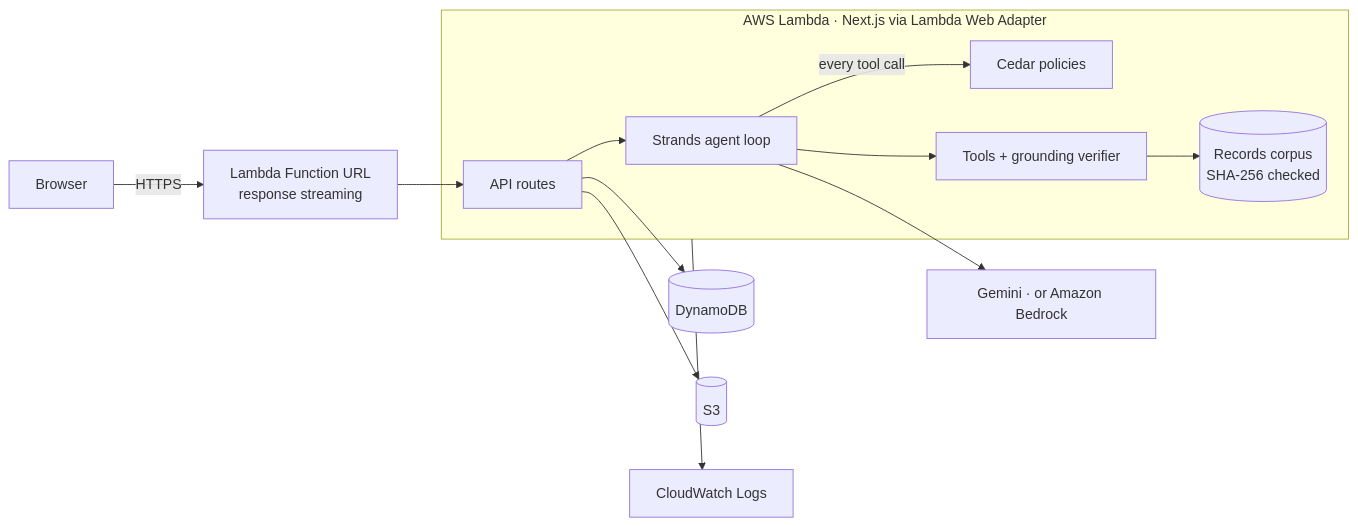
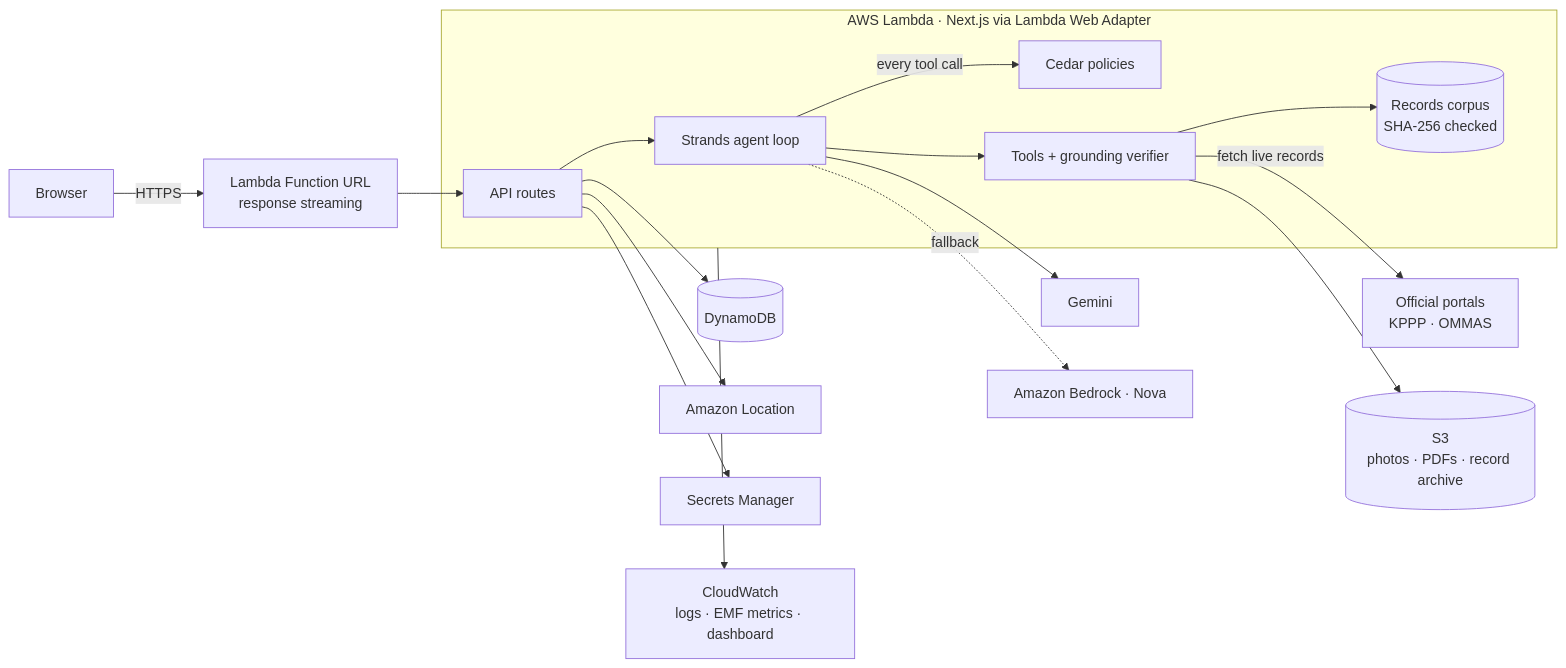
One commit to SiddhanthKapoor/civicproof changed the diagram in README.md. Above: the diagram before and after it, drawn with Mermaid. The commit also changed other lines of this file and 61 other files, not shown here.

Commit message:
Records: 771 PMGSY roads around Bengaluru from OMMAS with 7,537 verified facts, live OMMAS search and fetch for the investigator (archived, Cedar-budgeted), find projects by name, contact details redacted from public record pages

````diff
--- a/README.md
+++ b/README.md
@@ -81,15 +86,19 @@
 ```mermaid
 flowchart LR
   B[Browser] -- HTTPS --> U[Lambda Function URL<br/>response streaming]
   subgraph L[AWS Lambda · Next.js via Lambda Web Adapter]
     API[API routes] --> AG[Strands agent loop]
     AG -- every tool call --> CE[Cedar policies]
     AG --> T[Tools + grounding verifier]
     T --> C[(Records corpus<br/>SHA-256 checked)]
   end
   U --> API
-  AG --> BR[Gemini · or Amazon Bedrock]
+  AG --> GM[Gemini]
+  AG -. fallback .-> BR[Amazon Bedrock · Nova]
+  T -- fetch live records --> P[Official portals<br/>KPPP · OMMAS]
+  T --> S3[(S3<br/>photos · PDFs · record archive)]
   API --> DDB[(DynamoDB)]
-  API --> S3[(S3)]
-  L --> CW[CloudWatch Logs]
+  API --> LOC[Amazon Location]
+  API --> SM[Secrets Manager]
+  L --> CW[CloudWatch<br/>logs · EMF metrics · dashboard]
 ```
````
